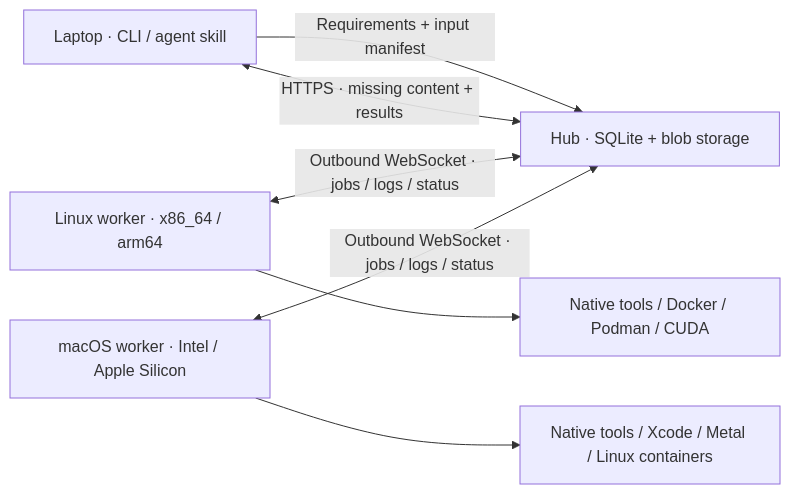
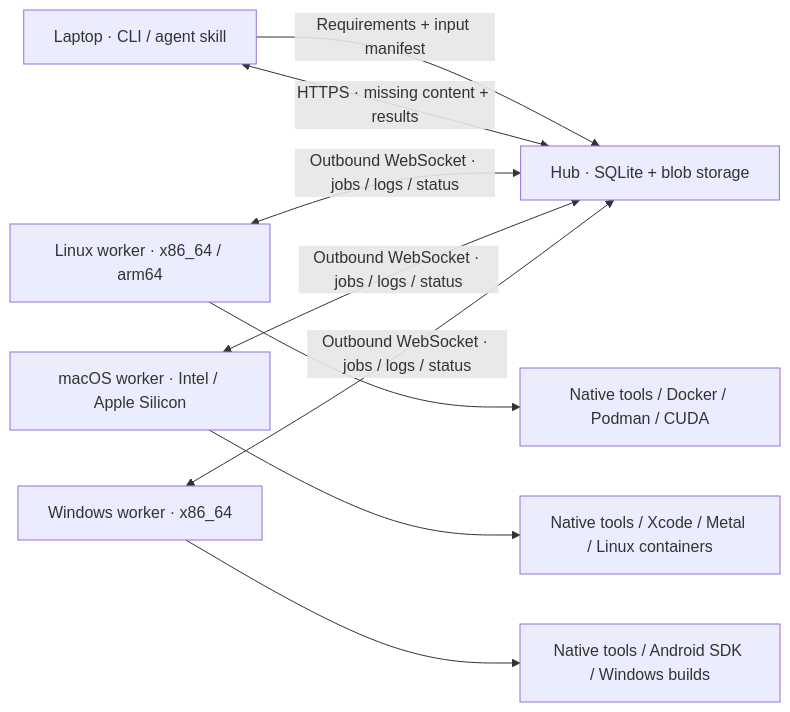
The first of 2 diagrams in README.md (Kobbokkom/your-local-cloud-computing), drawn with Mermaid before and after one commit. The commit also changed other lines of this file and 26 other files, not shown here.

````diff
--- a/README.md
+++ b/README.md
@@ -17,9 +17,11 @@
 ```mermaid
 flowchart LR
     A["Laptop · CLI / agent skill"] -->|"Requirements + input manifest"| H["Hub · SQLite + blob storage"]
     A <-->|"HTTPS · missing content + results"| H
     W1["Linux worker · x86_64 / arm64"] <-->|"Outbound WebSocket · jobs / logs / status"| H
     W2["macOS worker · Intel / Apple Silicon"] <-->|"Outbound WebSocket · jobs / logs / status"| H
+    W3["Windows worker · x86_64"] <-->|"Outbound WebSocket · jobs / logs / status"| H
     W1 --> C["Native tools / Docker / Podman / CUDA"]
     W2 --> M["Native tools / Xcode / Metal / Linux containers"]
+    W3 --> N["Native tools / Android SDK / Windows builds"]
 ```
````
